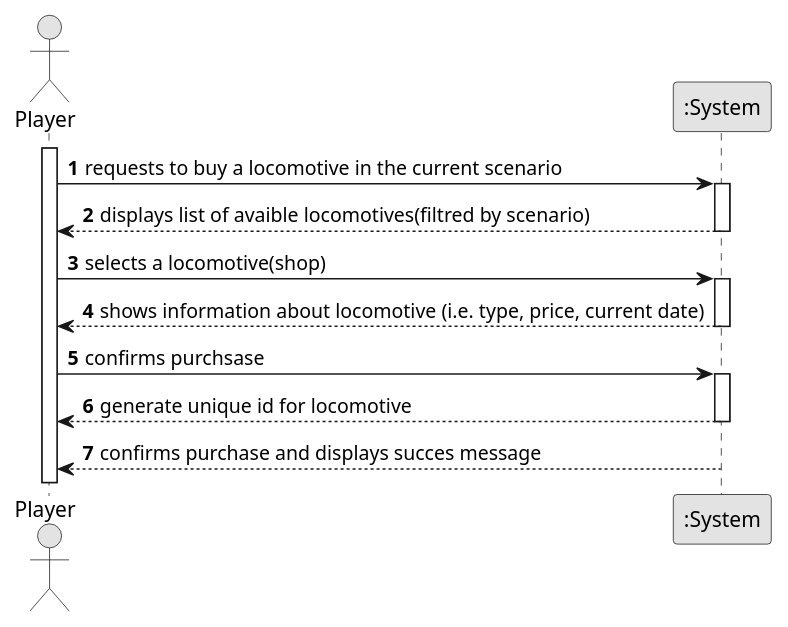
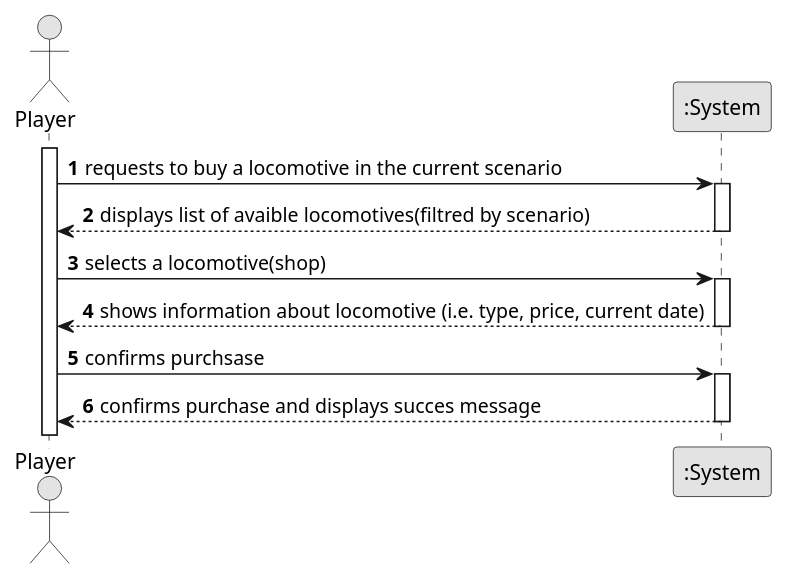
One commit to Andremonteiro1240850/railway_simulator changed the diagram in docs/system-documentation/US09/01.requirements-engineering.us09/puml/us09Diagram.puml. Above: the diagram before and after it, drawn with PlantUML. The commit also changed 11 other files, not shown here.

```diff
--- a/docs/system-documentation/US09/01.requirements-engineering.us09/puml/us09Diagram.puml
+++ b/docs/system-documentation/US09/01.requirements-engineering.us09/puml/us09Diagram.puml
@@ -1,36 +1,31 @@
 @startuml
 skinparam monochrome true
 skinparam packageStyle rectangle
 skinparam shadowing false
 
 autonumber
 
 actor "Player" as Employee
 participant ":System" as System
 
 activate Employee
 
     Employee -> System : requests to buy a locomotive in the current scenario
     activate System
 
         System --> Employee : displays list of avaible locomotives(filtred by scenario)
     deactivate System
 
     Employee -> System : selects a locomotive(shop)
     activate System
 
         System --> Employee : shows information about locomotive (i.e. type, price, current date)
     deactivate System
 
     Employee -> System : confirms purchsase
     activate System
 
-        System --> Employee : generate unique id for locomotive
-    deactivate System
-
-
-
 
         System --> Employee : confirms purchase and displays succes message
     deactivate System
 @enduml
```
